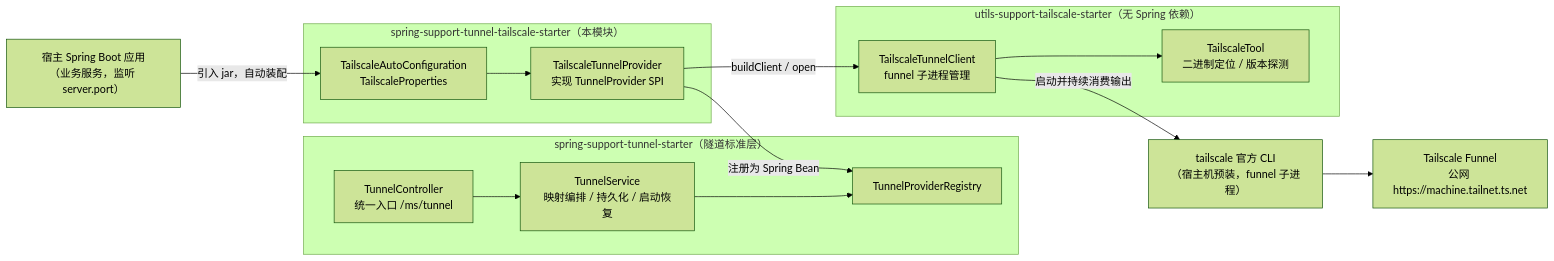
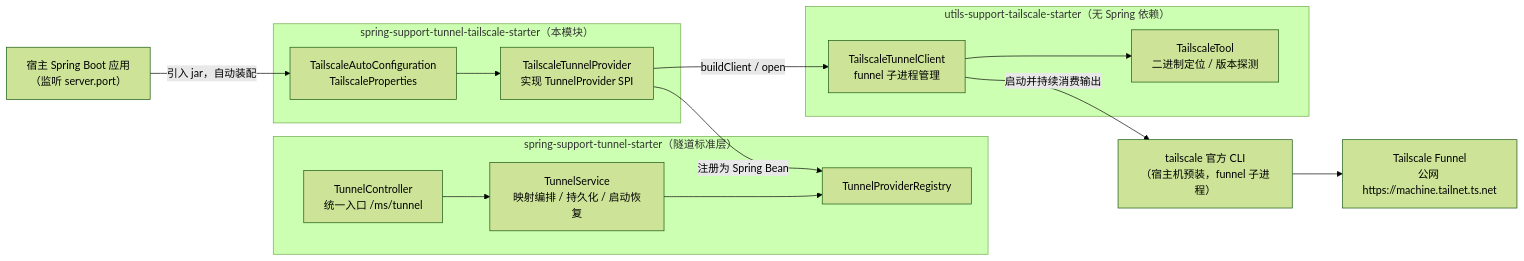
One commit to CHTK001/spring-support-parent-starter changed the first of 2 diagrams in spring-support-tunnel-tailscale-starter/README.md. Above: the diagram before and after it, drawn with Mermaid (forest theme). The commit also changed other lines of this file and 54 other files, not shown here.

````diff
--- a/spring-support-tunnel-tailscale-starter/README.md
+++ b/spring-support-tunnel-tailscale-starter/README.md
@@ -11,33 +9,33 @@
 ```mermaid
 flowchart LR
-    APP["宿主 Spring Boot 应用<br/>（业务服务，监听 server.port）"]
+    APP["宿主 Spring Boot 应用<br/>（监听 server.port）"]
 
     subgraph MOD["spring-support-tunnel-tailscale-starter（本模块）"]
         AUTO["TailscaleAutoConfiguration<br/>TailscaleProperties"]
         PROV["TailscaleTunnelProvider<br/>实现 TunnelProvider SPI"]
     end
 
     subgraph TUN["spring-support-tunnel-starter（隧道标准层）"]
         CTRL["TunnelController<br/>统一入口 /ms/tunnel"]
         SVC["TunnelService<br/>映射编排 / 持久化 / 启动恢复"]
         REG["TunnelProviderRegistry"]
     end
 
     subgraph UTIL["utils-support-tailscale-starter（无 Spring 依赖）"]
         CLIENT["TailscaleTunnelClient<br/>funnel 子进程管理"]
         TOOL["TailscaleTool<br/>二进制定位 / 版本探测"]
     end
 
     TS["tailscale 官方 CLI<br/>（宿主机预装，funnel 子进程）"]
     NET["Tailscale Funnel<br/>公网 https://machine.tailnet.ts.net"]
 
     APP -->|"引入 jar，自动装配"| AUTO
     AUTO --> PROV
     PROV -->|"注册为 Spring Bean"| REG
     CTRL --> SVC
     SVC --> REG
     PROV -->|"buildClient / open"| CLIENT
     CLIENT --> TOOL
     CLIENT -->|"启动并持续消费输出"| TS
     TS --> NET
 ```
````
